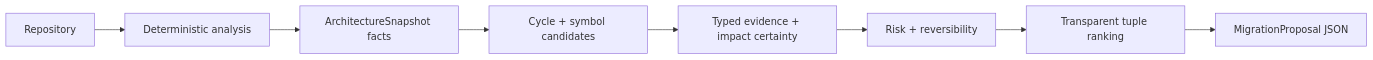
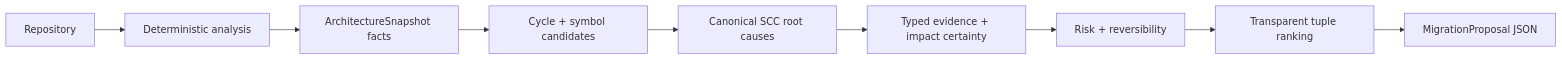
One commit to ting10688/braid changed the second of 2 diagrams in docs/architecture.md. Above: the diagram before and after it, drawn with Mermaid. The commit also changed other lines of this file and 21 other files, not shown here.

````diff
--- a/docs/architecture.md
+++ b/docs/architecture.md
@@ -60,10 +69,11 @@
 ```mermaid
 flowchart LR
     Repository --> Analysis["Deterministic analysis"]
     Analysis --> Snapshot["ArchitectureSnapshot facts"]
     Snapshot --> Candidates["Cycle + symbol candidates"]
-    Candidates --> Evidence["Typed evidence + impact certainty"]
+    Candidates --> Roots["Canonical SCC root causes"]
+    Roots --> Evidence["Typed evidence + impact certainty"]
     Evidence --> Classification["Risk + reversibility"]
     Classification --> Ranking["Transparent tuple ranking"]
     Ranking --> Proposals["MigrationProposal JSON"]
 ```
````
